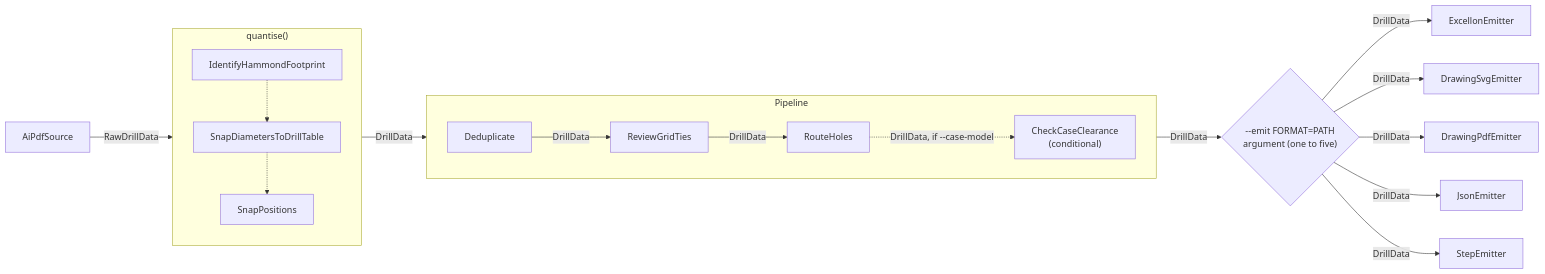
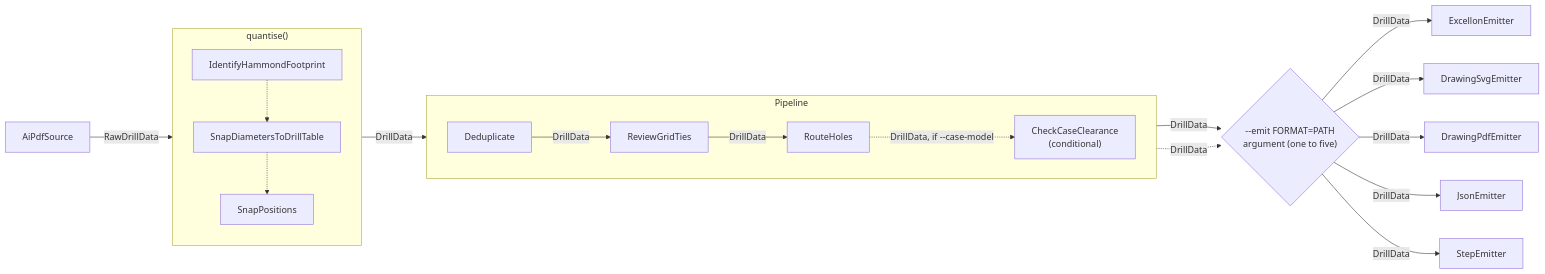
One commit to sheophe/stompcad changed the diagram in docs/adr/0001-pipeline-and-emitter-adapters.md. Above: the diagram before and after it, drawn with Mermaid. The commit also changed 3 other files, not shown here.

````diff
--- a/docs/adr/0001-pipeline-and-emitter-adapters.md
+++ b/docs/adr/0001-pipeline-and-emitter-adapters.md
@@ -42,40 +42,41 @@
 ```mermaid
 flowchart LR
     source["AiPdfSource"]
 
     subgraph quantise["quantise()"]
         direction TB
         footprint["IdentifyHammondFootprint"]
         snap_drill["SnapDiametersToDrillTable"]
         snap_position["SnapPositions"]
         footprint -.-> snap_drill
         snap_drill -.-> snap_position
     end
 
     subgraph pipeline["Pipeline"]
         direction LR
         dedupe["Deduplicate"]
         ties["ReviewGridTies"]
         route["RouteHoles"]
         clearance["CheckCaseClearance<br/>(conditional)"]
         dedupe -->|DrillData| ties
         ties -->|DrillData| route
         route -.->|DrillData, if --case-model| clearance
     end
 
     excellon["ExcellonEmitter"]
     drawing["DrawingSvgEmitter"]
     drawing_pdf["DrawingPdfEmitter"]
     json["JsonEmitter"]
     step["StepEmitter"]
     selected{"--emit FORMAT=PATH<br/>argument (one to five)"}
 
     source -->|RawDrillData| quantise
     quantise -->|DrillData| dedupe
     route -->|DrillData| selected
+    clearance -.->|DrillData| selected
     selected -->|DrillData| excellon
     selected -->|DrillData| drawing
     selected -->|DrillData| drawing_pdf
     selected -->|DrillData| json
     selected -->|DrillData| step
 ```
````
